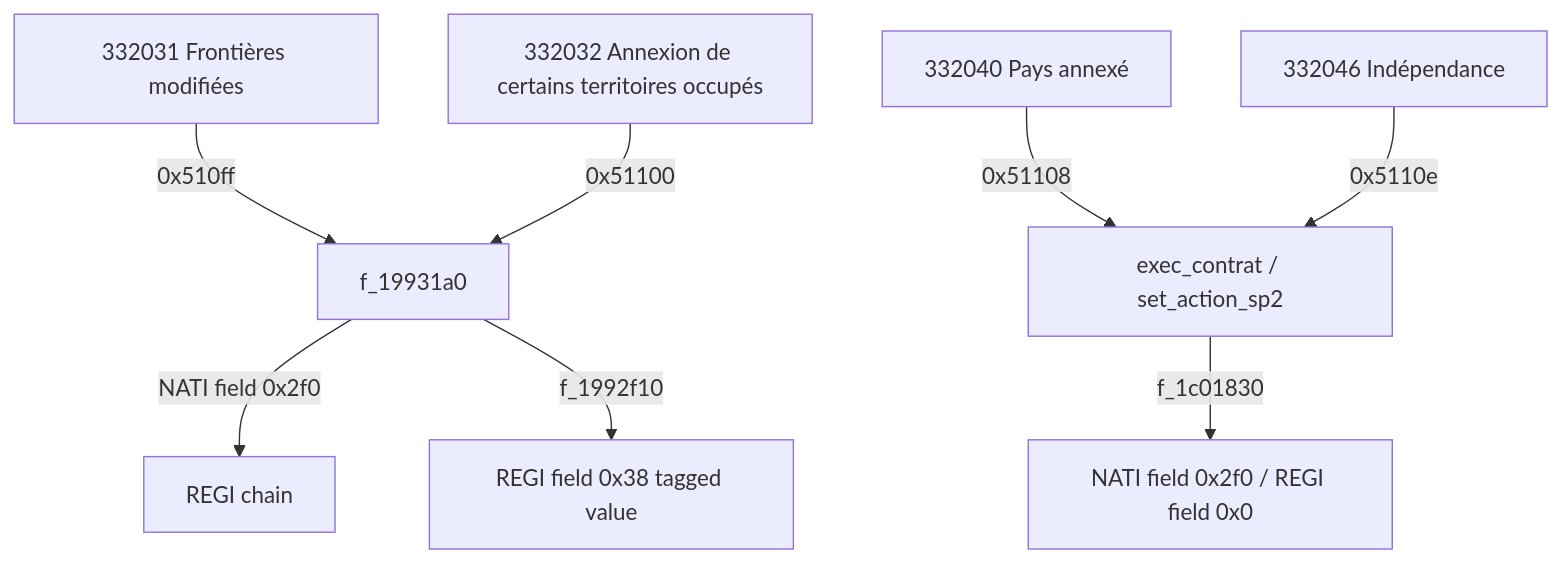
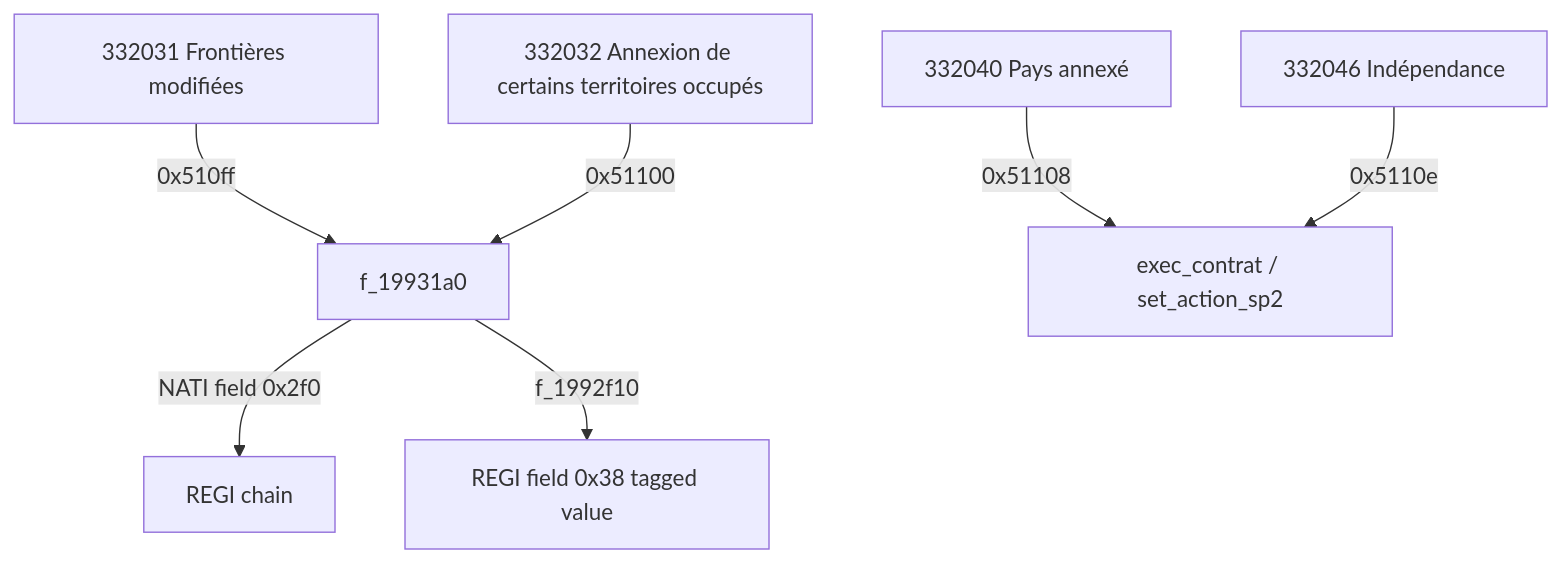
Before and after one commit to CthulhuOnIce/GPS-Docs: the third of 4 diagrams in 08_REGIONS_CITIES_AND_INFRASTRUCTURE.md, drawn with Mermaid. The commit also changed other lines of this file and 5 other files, not shown here.

````diff
--- a/08_REGIONS_CITIES_AND_INFRASTRUCTURE.md
+++ b/08_REGIONS_CITIES_AND_INFRASTRUCTURE.md
@@ -187,10 +193,9 @@
 ```mermaid
 flowchart TD
     A["332031 Frontières modifiées"] -->|"0x510ff"| H["f_19931a0"]
     B["332032 Annexion de certains territoires occupés"] -->|"0x51100"| H
     C["332040 Pays annexé"] -->|"0x51108"| E["exec_contrat / set_action_sp2"]
     D["332046 Indépendance"] -->|"0x5110e"| E
     H -->|"NATI field 0x2f0"| R["REGI chain"]
     H -->|"f_1992f10"| T["REGI field 0x38 tagged value"]
-    E -->|"f_1c01830"| L["NATI field 0x2f0 / REGI field 0x0"]
 ```
````
